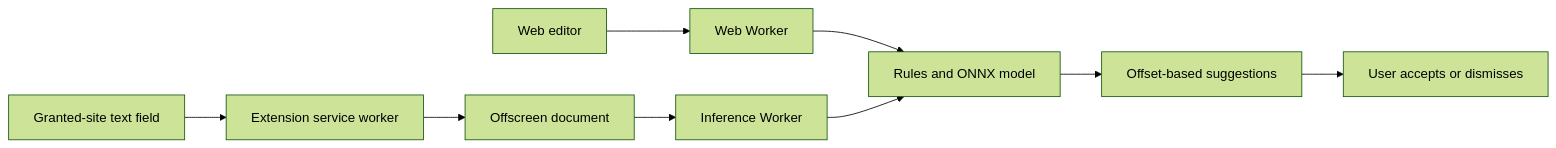
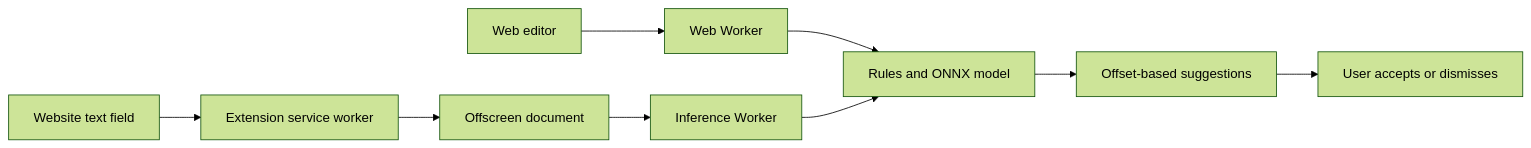
Before and after one commit to thapecroth/gamma_eh: the diagram in docs/research-and-architecture.md, drawn with Mermaid (forest theme). The commit also changed other lines of this file and 20 other files, not shown here.

````diff
--- a/docs/research-and-architecture.md
+++ b/docs/research-and-architecture.md
@@ -46,11 +46,11 @@
 ```mermaid
 flowchart LR
   E[Web editor] --> W[Web Worker]
-  C[Granted-site text field] --> B[Extension service worker]
+  C[Website text field] --> B[Extension service worker]
   B --> O[Offscreen document]
   O --> I[Inference Worker]
   W --> R[Rules and ONNX model]
   I --> R
   R --> S[Offset-based suggestions]
   S --> A[User accepts or dismisses]
 ```
````
